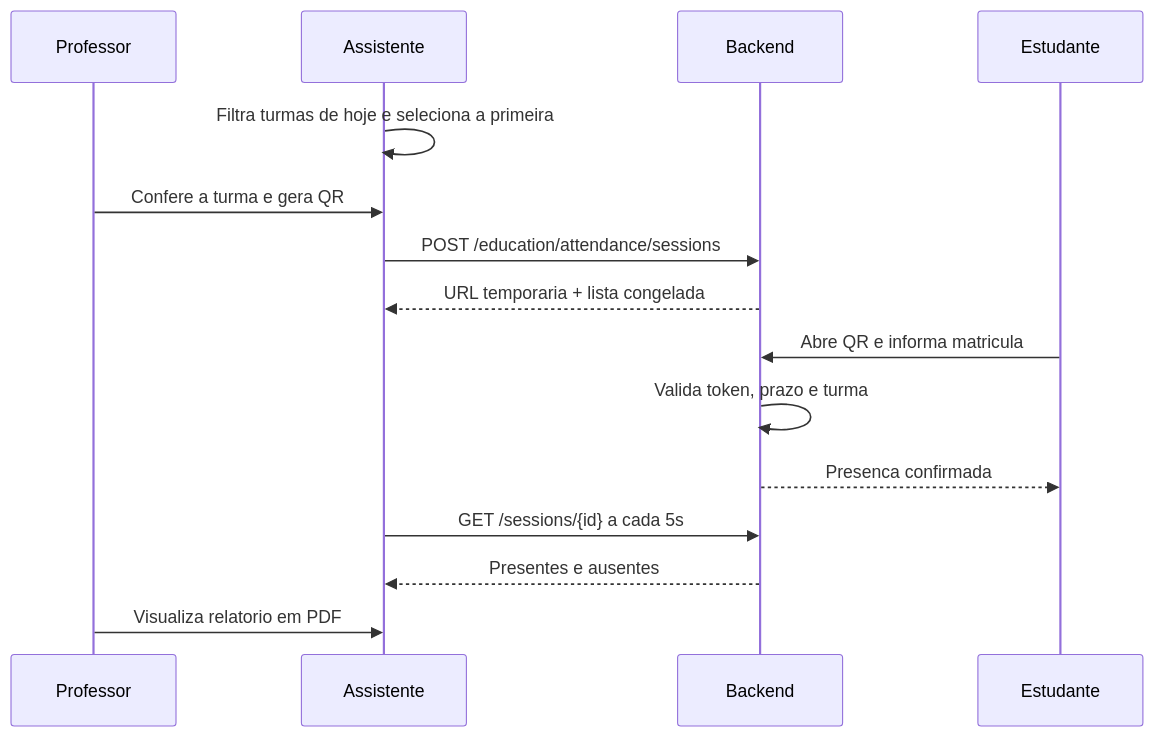
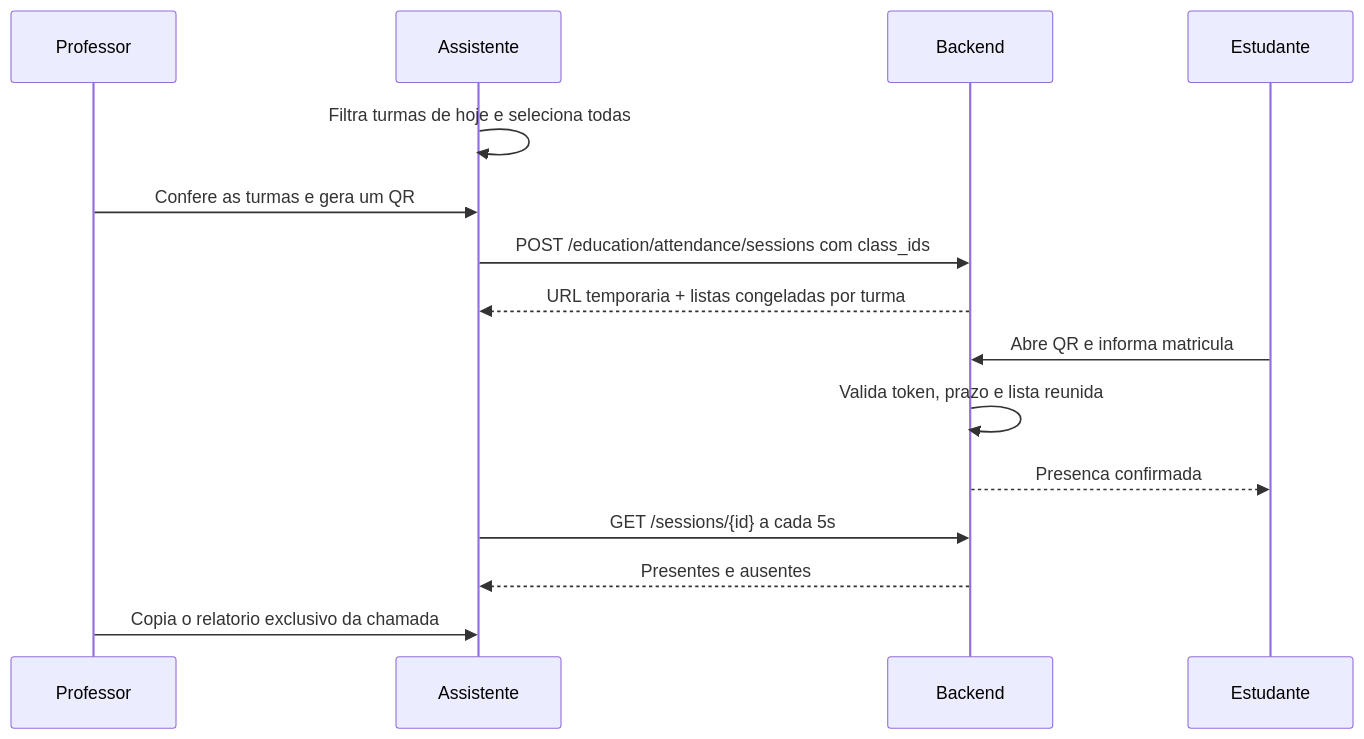
Before and after one commit to m4n1nh0/assistant_app: the eighth of 9 diagrams in README.md, drawn with Mermaid. The commit also changed other lines of this file and 11 other files, not shown here.

Commit message:
feat: unificar chamada das turmas do dia

````diff
--- a/README.md
+++ b/README.md
@@ -546,17 +558,17 @@
 ```mermaid
 sequenceDiagram
     participant P as Professor
     participant A as Assistente
     participant B as Backend
     participant E as Estudante
-    A->>A: Filtra turmas de hoje e seleciona a primeira
-    P->>A: Confere a turma e gera QR
-    A->>B: POST /education/attendance/sessions
-    B-->>A: URL temporaria + lista congelada
+    A->>A: Filtra turmas de hoje e seleciona todas
+    P->>A: Confere as turmas e gera um QR
+    A->>B: POST /education/attendance/sessions com class_ids
+    B-->>A: URL temporaria + listas congeladas por turma
     E->>B: Abre QR e informa matricula
-    B->>B: Valida token, prazo e turma
+    B->>B: Valida token, prazo e lista reunida
     B-->>E: Presenca confirmada
     A->>B: GET /sessions/{id} a cada 5s
     B-->>A: Presentes e ausentes
-    P->>A: Visualiza relatorio em PDF
+    P->>A: Copia o relatorio exclusivo da chamada
 ```
````
